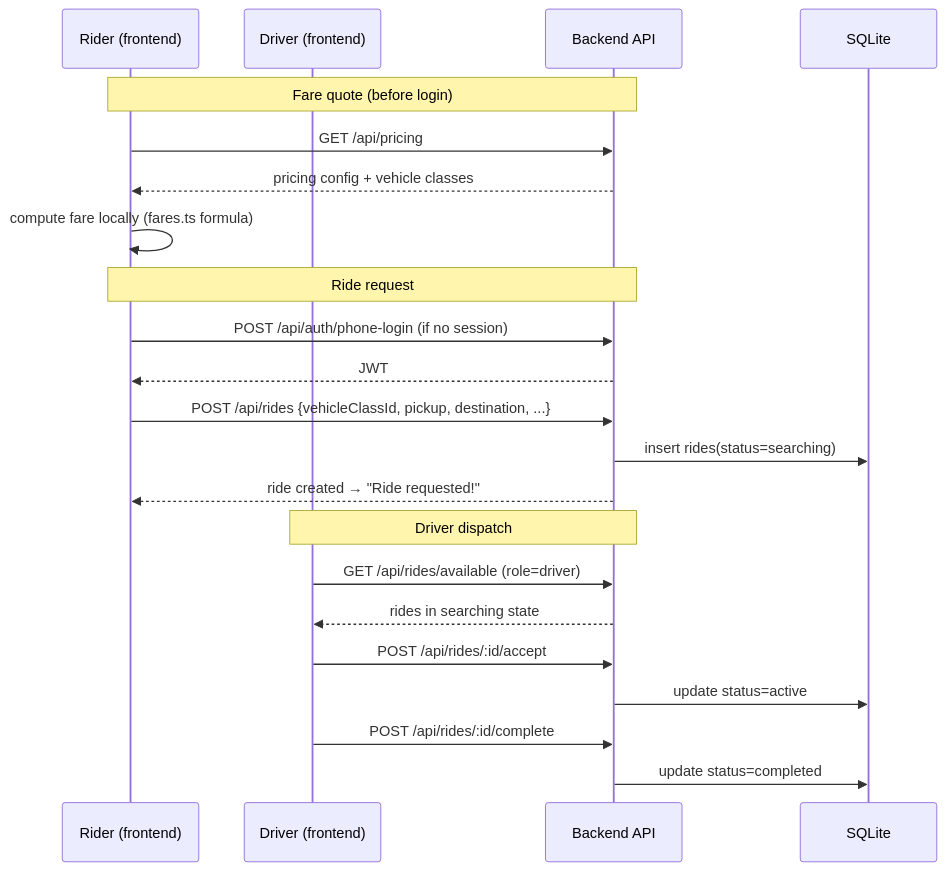
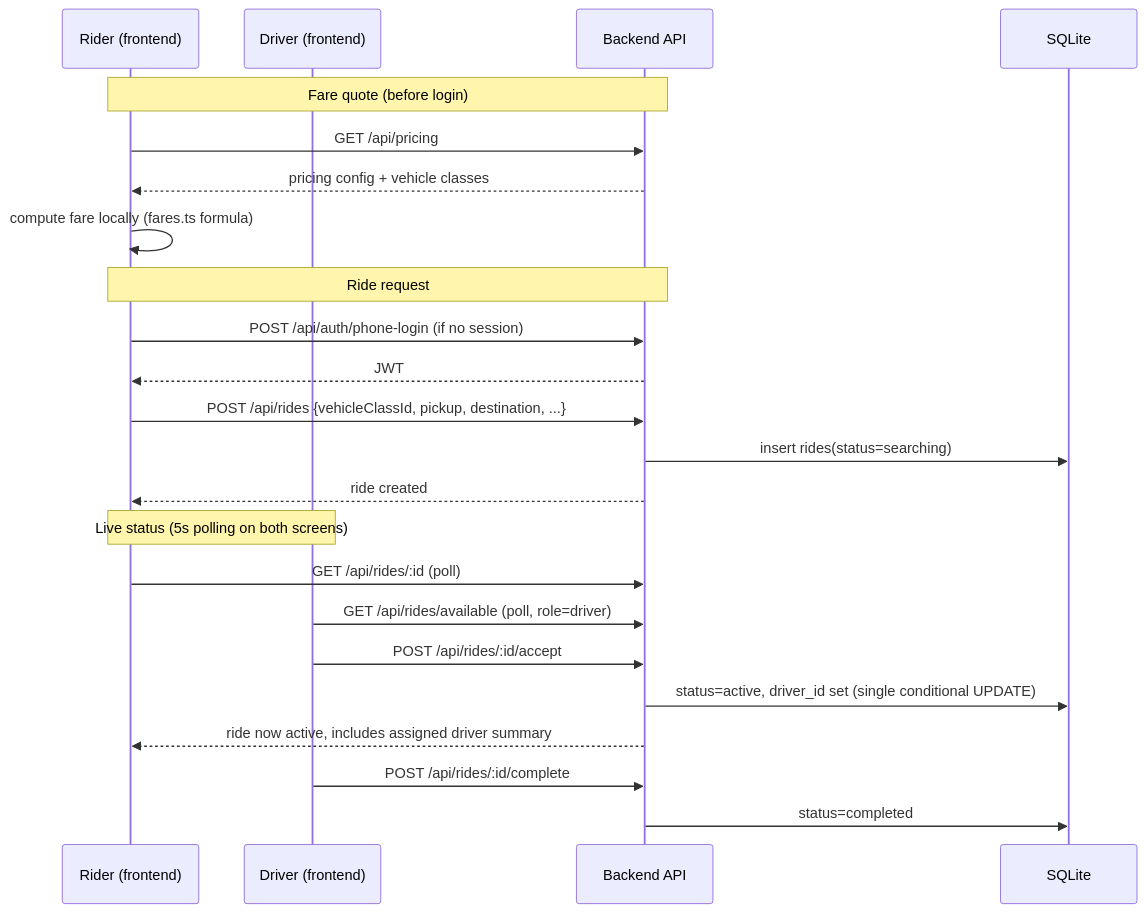
One commit to IVYIMOH/My_rider changed the eighth of 10 diagrams in docs/ARCHITECTURE.md. Above: the diagram before and after it, drawn with Mermaid. The commit also changed other lines of this file and 4 other files, not shown here.

Commit message:
docs: update architecture and per-system docs to current state

````diff
--- a/docs/ARCHITECTURE.md
+++ b/docs/ARCHITECTURE.md
@@ -236,27 +236,28 @@
 ```mermaid
 sequenceDiagram
     participant R as Rider (frontend)
     participant D as Driver (frontend)
     participant A as Backend API
     participant DB as SQLite
 
     Note over R,A: Fare quote (before login)
     R->>A: GET /api/pricing
     A-->>R: pricing config + vehicle classes
     R->>R: compute fare locally (fares.ts formula)
 
     Note over R,A: Ride request
     R->>A: POST /api/auth/phone-login (if no session)
     A-->>R: JWT
     R->>A: POST /api/rides {vehicleClassId, pickup, destination, ...}
     A->>DB: insert rides(status=searching)
-    A-->>R: ride created → "Ride requested!"
+    A-->>R: ride created
 
-    Note over D,A: Driver dispatch
-    D->>A: GET /api/rides/available (role=driver)
-    A-->>D: rides in searching state
+    Note over R,D: Live status (5s polling on both screens)
+    R->>A: GET /api/rides/:id (poll)
+    D->>A: GET /api/rides/available (poll, role=driver)
     D->>A: POST /api/rides/:id/accept
-    A->>DB: update status=active
+    A->>DB: status=active, driver_id set (single conditional UPDATE)
+    A-->>R: ride now active, includes assigned driver summary
     D->>A: POST /api/rides/:id/complete
-    A->>DB: update status=completed
+    A->>DB: status=completed
 ```
````
